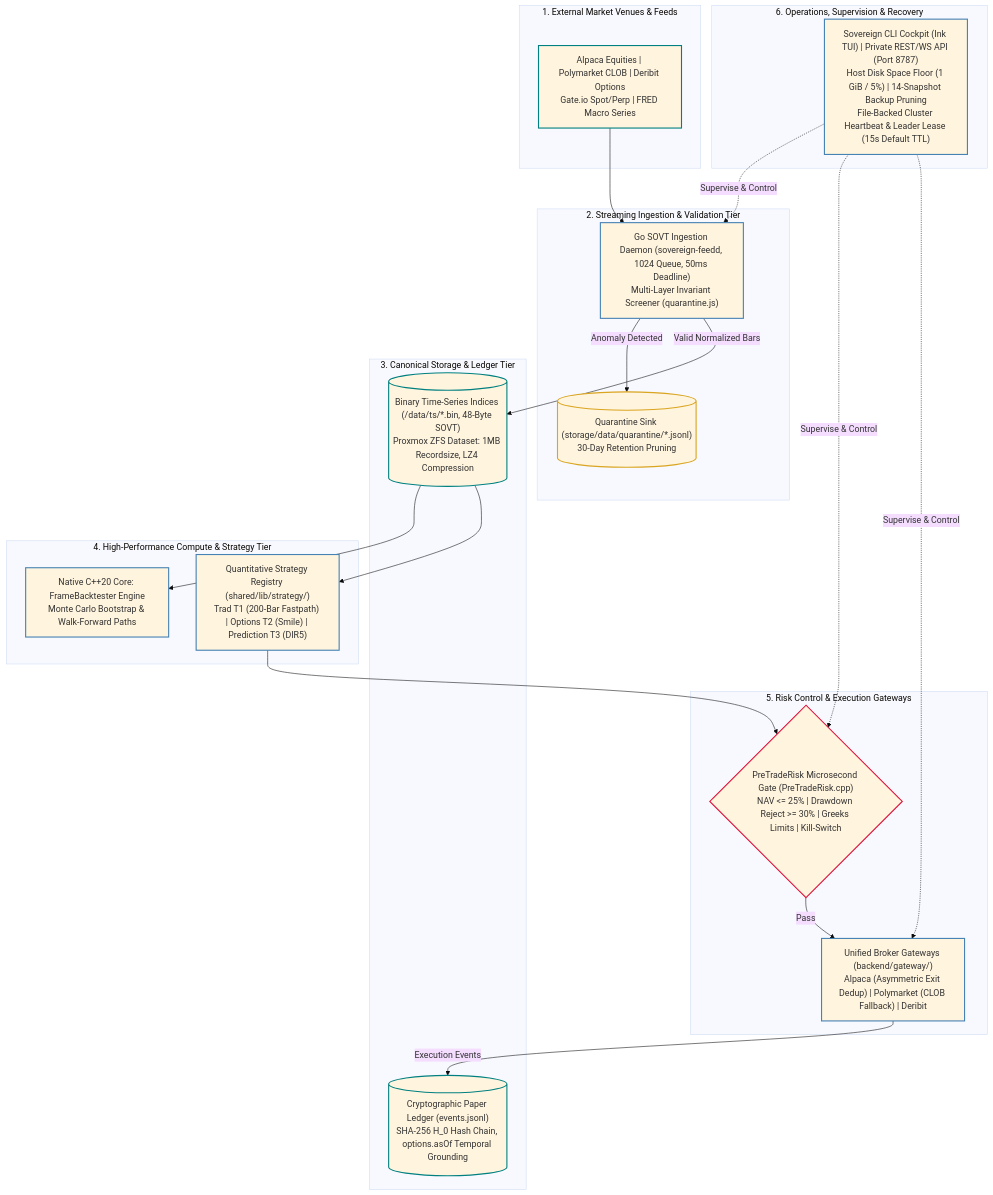
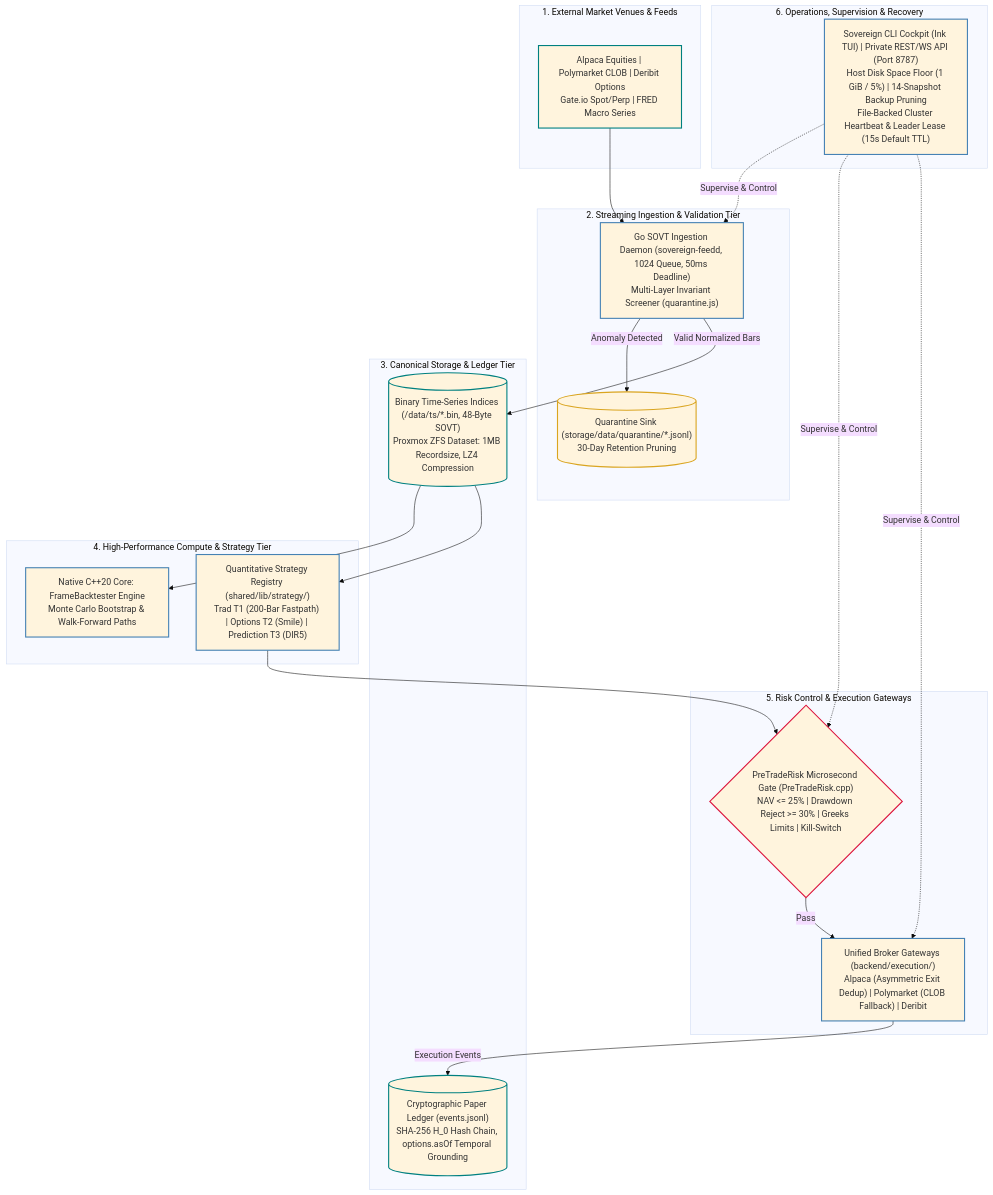
Before and after one commit to vgbn2/personal_finance_draft: diagram 21 of 24 in docs/Reports/SOVEREIGN_END_TO_END_ARCHITECTURE_REPORT.md, drawn with Mermaid (base theme). The commit also changed other lines of this file and 178 other files, not shown here.

````diff
--- a/docs/Reports/SOVEREIGN_END_TO_END_ARCHITECTURE_REPORT.md
+++ b/docs/Reports/SOVEREIGN_END_TO_END_ARCHITECTURE_REPORT.md
@@ -2018,45 +2018,45 @@
 ```mermaid
 flowchart TD
     classDef control stroke:steelblue,stroke-width:2px;
     classDef data stroke:teal,stroke-width:2px;
     classDef warning stroke:goldenrod,stroke-width:2px;
     classDef critical stroke:crimson,stroke-width:2px;
     classDef neutral stroke:gray,stroke-width:1px;
 
     subgraph Tier1["1. External Market Venues & Feeds"]
         EXT_MKTS["Alpaca Equities | Polymarket CLOB | Deribit Options<br/>Gate.io Spot/Perp | FRED Macro Series"]:::data
     end
 
     subgraph Tier2["2. Streaming Ingestion & Validation Tier"]
         INGEST["Go SOVT Ingestion Daemon (sovereign-feedd, 1024 Queue, 50ms Deadline)<br/>Multi-Layer Invariant Screener (quarantine.js)"]:::control
         QUAR[("Quarantine Sink (storage/data/quarantine/*.jsonl)<br/>30-Day Retention Pruning")]:::warning
         INGEST -->|"Anomaly Detected"| QUAR
     end
 
     subgraph Tier3["3. Canonical Storage & Ledger Tier"]
         STORAGE[("Binary Time-Series Indices (/data/ts/*.bin, 48-Byte SOVT)<br/>Proxmox ZFS Dataset: 1MB Recordsize, LZ4 Compression")]:::data
         LEDGER[("Cryptographic Paper Ledger (events.jsonl)<br/>SHA-256 H_0 Hash Chain, options.asOf Temporal Grounding")]:::data
     end
 
     subgraph Tier4["4. High-Performance Compute & Strategy Tier"]
         CPP_CORE["Native C++20 Core: FrameBacktester Engine<br/>Monte Carlo Bootstrap & Walk-Forward Paths"]:::control
         STRAT["Quantitative Strategy Registry (shared/lib/strategy/)<br/>Trad T1 (200-Bar Fastpath) | Options T2 (Smile) | Prediction T3 (DIR5)"]:::control
     end
 
     subgraph Tier5["5. Risk Control & Execution Gateways"]
         RISK{"PreTradeRisk Microsecond Gate (PreTradeRisk.cpp)<br/>NAV <= 25% | Drawdown Reject >= 30% | Greeks Limits | Kill-Switch"}:::critical
-        GW["Unified Broker Gateways (backend/gateway/)<br/>Alpaca (Asymmetric Exit Dedup) | Polymarket (CLOB Fallback) | Deribit"]:::control
+        GW["Unified Broker Gateways (backend/execution/)<br/>Alpaca (Asymmetric Exit Dedup) | Polymarket (CLOB Fallback) | Deribit"]:::control
         RISK -->|"Pass"| GW
     end
 
     subgraph Tier6["6. Operations, Supervision & Recovery"]
         OPS["Sovereign CLI Cockpit (Ink TUI) | Private REST/WS API (Port 8787)<br/>Host Disk Space Floor (1 GiB / 5%) | 14-Snapshot Backup Pruning<br/>File-Backed Cluster Heartbeat & Leader Lease (15s Default TTL)"]:::control
     end
 
     EXT_MKTS --> INGEST
     INGEST -->|"Valid Normalized Bars"| STORAGE
     STORAGE --> CPP_CORE & STRAT
     STRAT --> RISK
     GW -->|"Execution Events"| LEDGER
     OPS -.->|"Supervise & Control"| INGEST & RISK & GW
 ```
````
